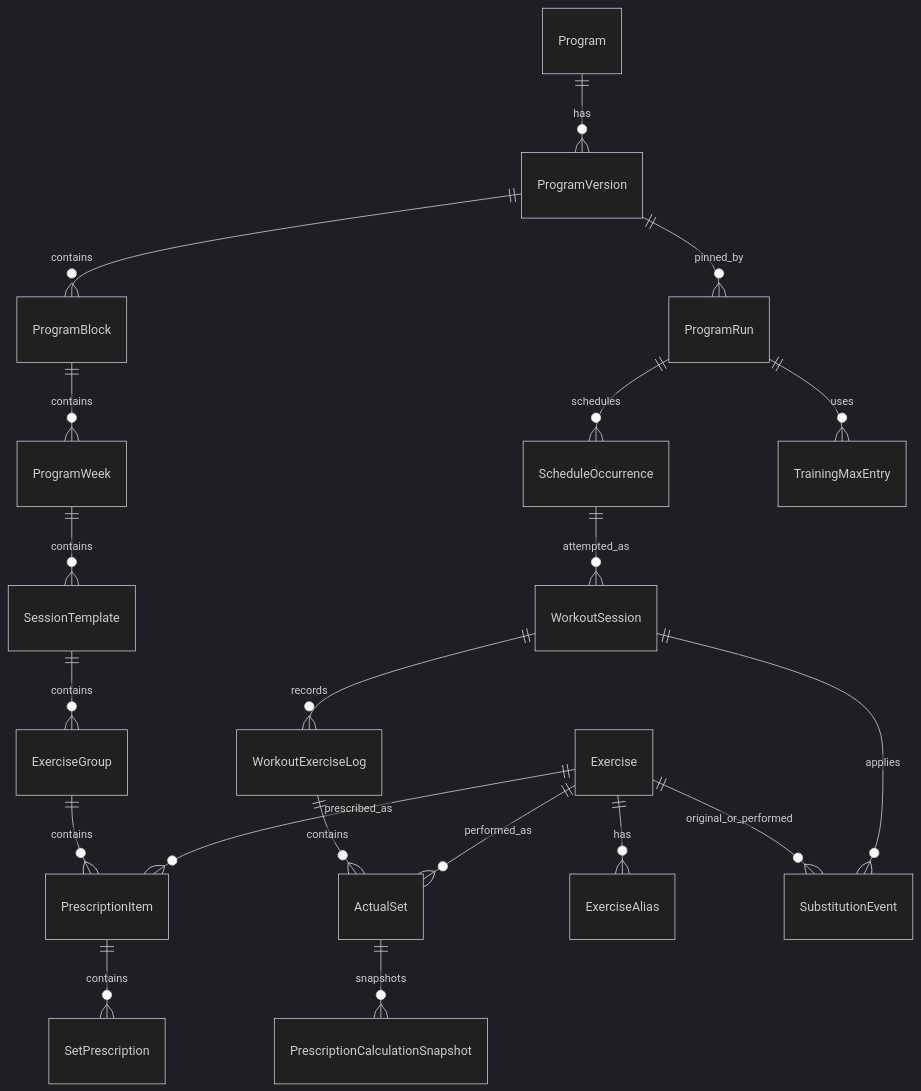
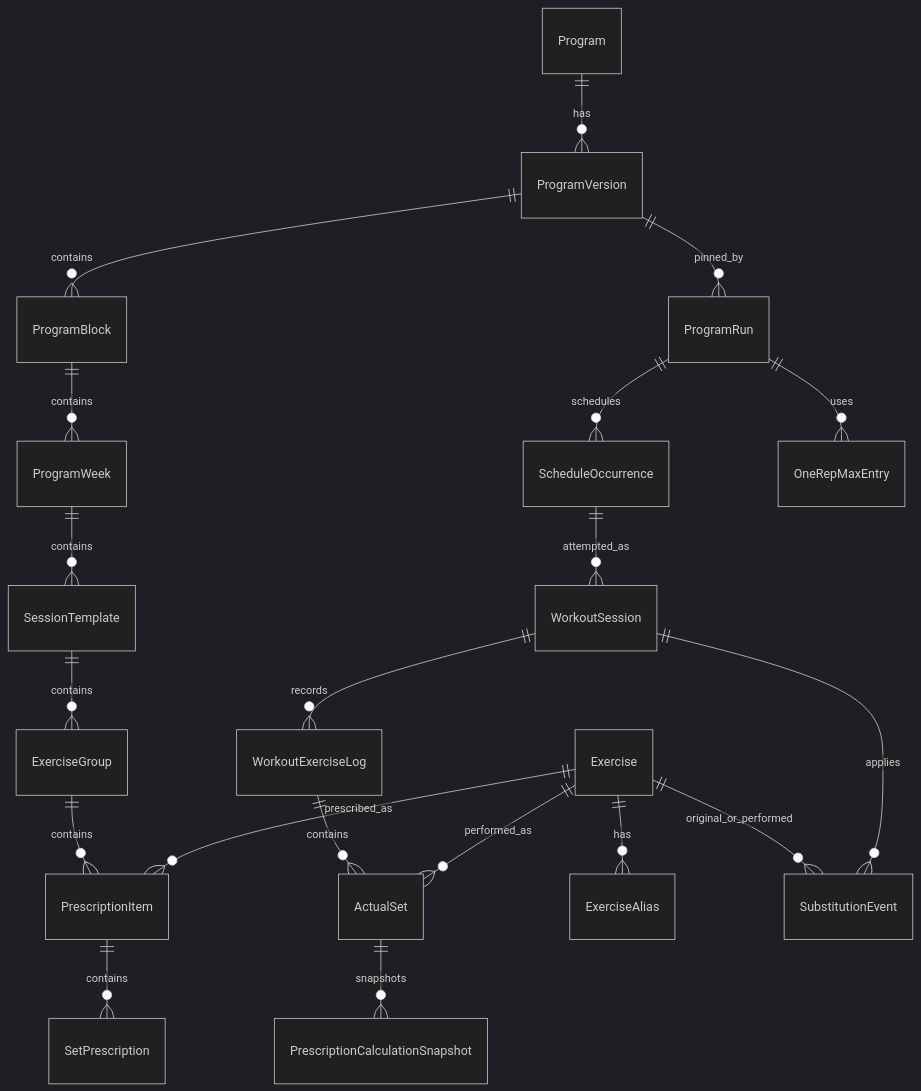
The fifth of 15 diagrams in docs/architecture.md (BerserkerDotNet/Liftorium), drawn with Mermaid (dark theme) before and after one commit. The commit also changed other lines of this file and 102 other files, not shown here.

````diff
--- a/docs/architecture.md
+++ b/docs/architecture.md
@@ -300,25 +300,25 @@
 ```mermaid
 erDiagram
     Program ||--o{ ProgramVersion : has
     ProgramVersion ||--o{ ProgramBlock : contains
     ProgramBlock ||--o{ ProgramWeek : contains
     ProgramWeek ||--o{ SessionTemplate : contains
     SessionTemplate ||--o{ ExerciseGroup : contains
     ExerciseGroup ||--o{ PrescriptionItem : contains
     PrescriptionItem ||--o{ SetPrescription : contains
 
     ProgramVersion ||--o{ ProgramRun : pinned_by
     ProgramRun ||--o{ ScheduleOccurrence : schedules
     ScheduleOccurrence ||--o{ WorkoutSession : attempted_as
     WorkoutSession ||--o{ WorkoutExerciseLog : records
     WorkoutExerciseLog ||--o{ ActualSet : contains
 
     Exercise ||--o{ ExerciseAlias : has
     Exercise ||--o{ PrescriptionItem : prescribed_as
     Exercise ||--o{ ActualSet : performed_as
     Exercise ||--o{ SubstitutionEvent : original_or_performed
 
-    ProgramRun ||--o{ TrainingMaxEntry : uses
+    ProgramRun ||--o{ OneRepMaxEntry : uses
     ActualSet ||--o{ PrescriptionCalculationSnapshot : snapshots
     WorkoutSession ||--o{ SubstitutionEvent : applies
 ```
````
